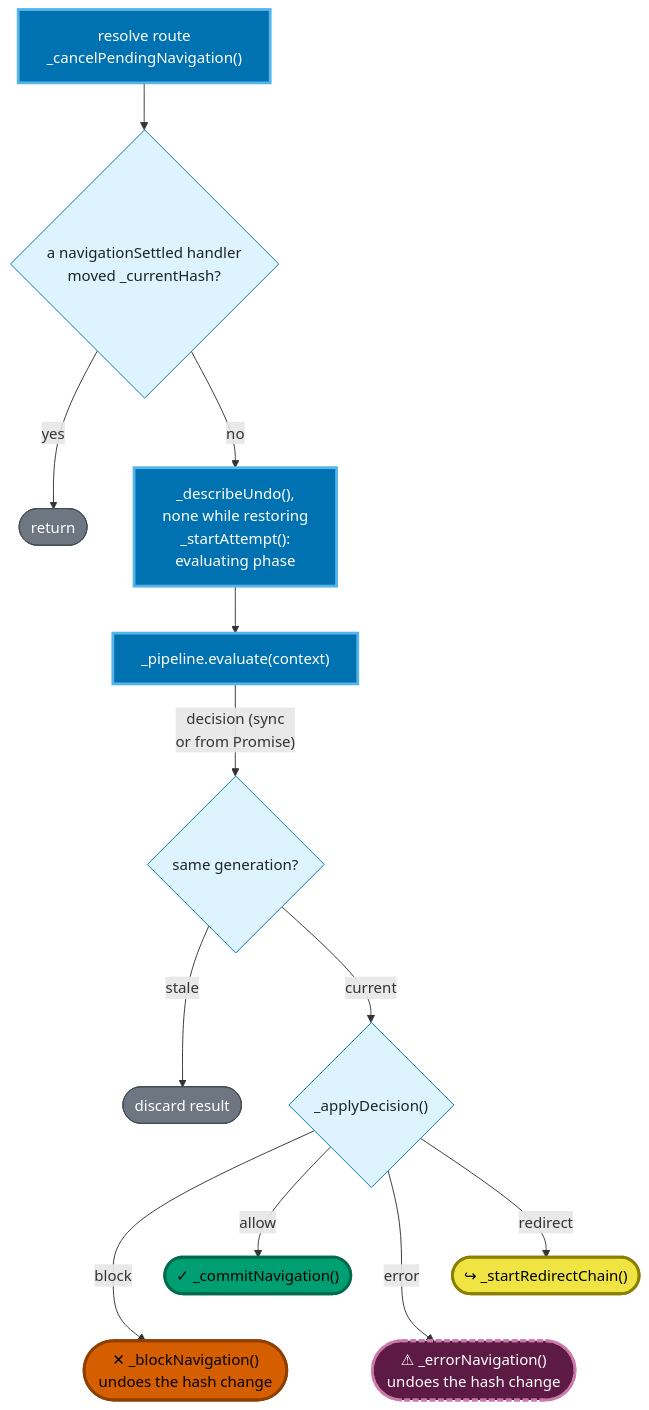
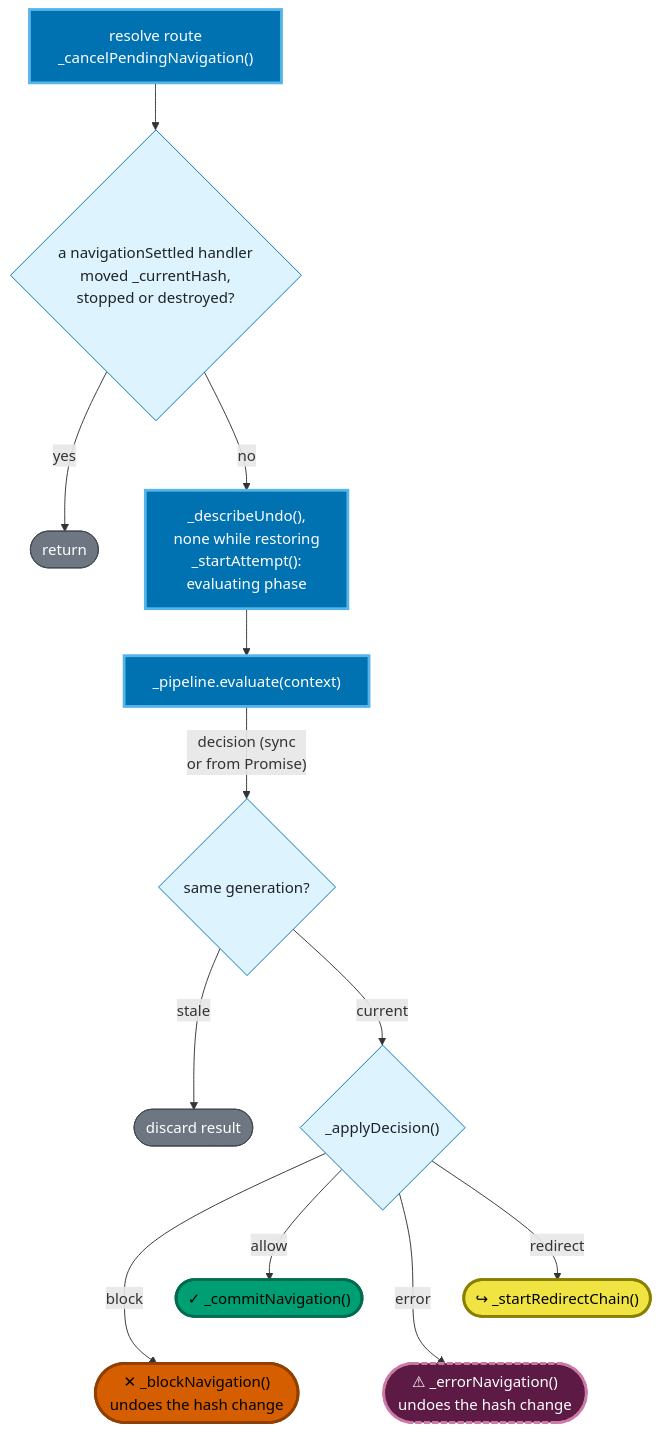
Before and after one commit to wridgeu/ui5-lib-guard-router: the second of 10 diagrams in docs/reference/architecture.md, drawn with Mermaid. The commit also changed other lines of this file and 38 other files, not shown here.

````diff
--- a/docs/reference/architecture.md
+++ b/docs/reference/architecture.md
@@ -225,36 +227,36 @@
 ```mermaid
 ---
 config:
   flowchart:
     wrappingWidth: 300
 ---
 flowchart TD
-    cancelprev["resolve route<br/>_cancelPendingNavigation()"] --> handlermoved{"a navigationSettled handler<br/>moved _currentHash?"}
+    cancelprev["resolve route<br/>_cancelPendingNavigation()"] --> handlermoved{"a navigationSettled handler<br/>moved _currentHash,<br/>stopped or destroyed?"}
     handlermoved -- "yes" --> ret(["return"])
     handlermoved -- "no" --> setup["_describeUndo(),<br/>none while restoring<br/>_startAttempt():<br/>evaluating phase"]
     setup --> evaluate["_pipeline.evaluate(context)"]
     evaluate -- "decision (sync<br/>or from Promise)" --> stale{"same generation?"}
     stale -- "stale" --> discard(["discard result"])
     stale -- "current" --> apply{"_applyDecision()"}
     apply -- "allow" --> commit(["✓ _commitNavigation()"])
     apply -- "redirect" --> redirect(["↪ _startRedirectChain()"])
     apply -- "block" --> block(["✕ _blockNavigation()<br/>undoes the hash change"])
     apply -- "error" --> errornav(["⚠ _errorNavigation()<br/>undoes the hash change"])
     commit ~~~ block
     redirect ~~~ errornav
 
     classDef native fill:#6e7781,stroke:#424a53,color:#ffffff
     classDef added fill:#0072B2,stroke:#56B4E9,stroke-width:3px,color:#ffffff
     classDef decision fill:#ddf4ff,stroke:#0072B2,color:#1f2328
     classDef commit fill:#009E73,stroke:#006b4e,stroke-width:3px,color:#000000
     classDef redirect fill:#F0E442,stroke:#8a7f00,stroke-width:3px,color:#000000
     classDef block fill:#D55E00,stroke:#8f3f00,stroke-width:3px,color:#000000
     classDef error fill:#5c1a44,stroke:#CC79A7,stroke-width:3px,stroke-dasharray:6 3,color:#ffffff
     class ret,discard native
     class cancelprev,setup,evaluate added
     class handlermoved,stale,apply decision
     class commit commit
     class redirect redirect
     class block block
     class errornav error
 ```
````
